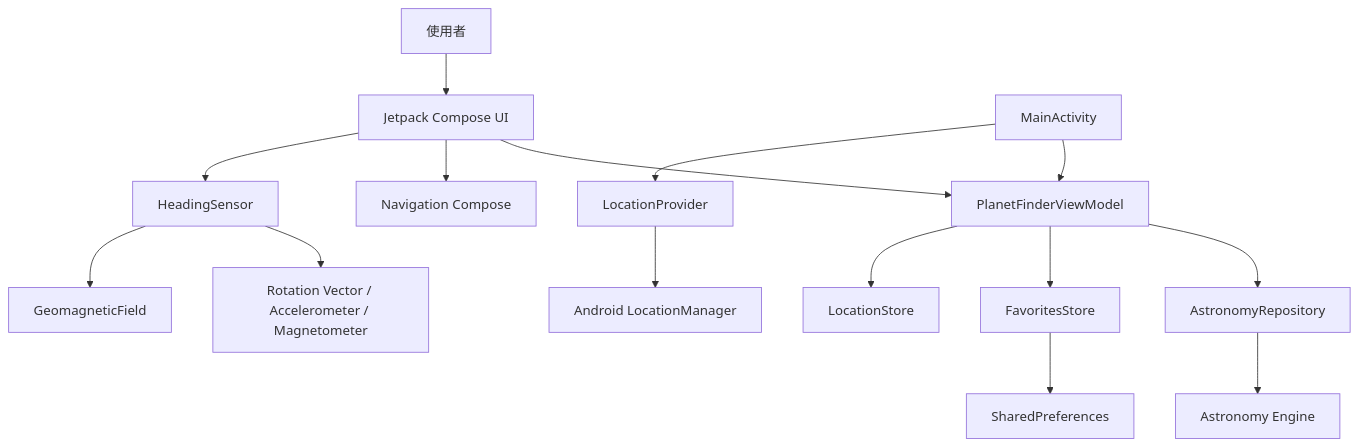
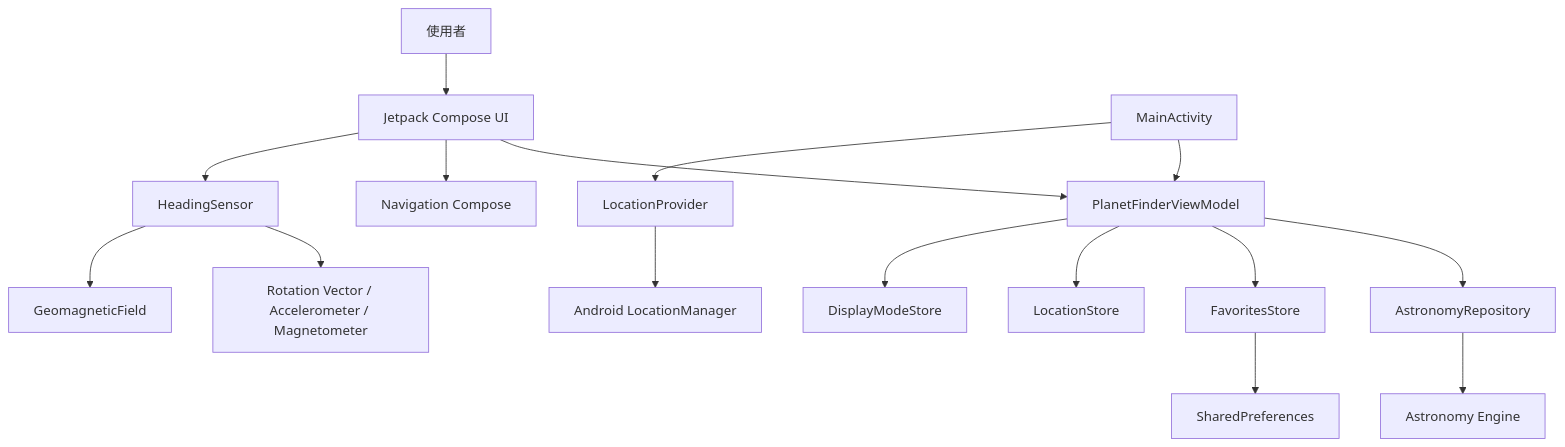
One commit to mark216tw/android-planetfinder-01 changed the diagram in docs/ARCHITECTURE.md. Above: the diagram before and after it, drawn with Mermaid. The commit also changed other lines of this file and 14 other files, not shown here.

Commit message:
Add display mode settings

````diff
--- a/docs/ARCHITECTURE.md
+++ b/docs/ARCHITECTURE.md
@@ -7,17 +7,18 @@
 ```mermaid
 flowchart TD
     User[使用者] --> UI[Jetpack Compose UI]
     UI --> VM[PlanetFinderViewModel]
     UI --> Nav[Navigation Compose]
     Main[MainActivity] --> VM
     VM --> Astro[AstronomyRepository]
     UI --> Sensor[HeadingSensor]
     VM --> Favorites[FavoritesStore]
     VM --> Locations[LocationStore]
+    VM --> Display[DisplayModeStore]
     Main --> Location[LocationProvider]
     Location --> AndroidLocation[Android LocationManager]
     Astro --> Engine[Astronomy Engine]
     Sensor --> AndroidSensors[Rotation Vector / Accelerometer / Magnetometer]
     Sensor --> Magnetic[GeomagneticField]
     Favorites --> Preferences[SharedPreferences]
 ```
````
